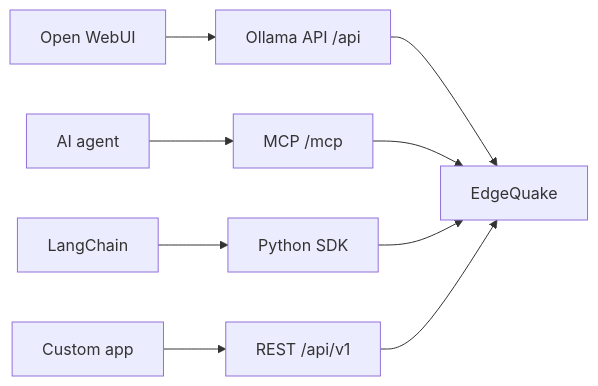
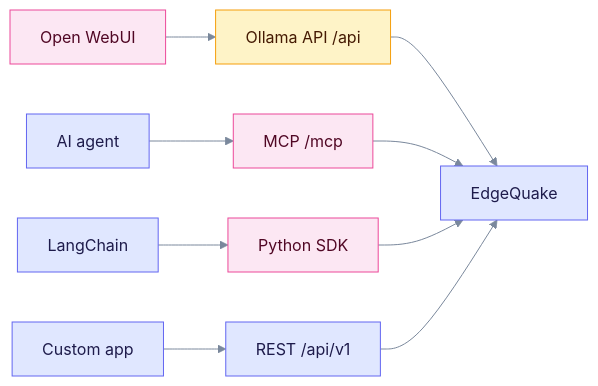
One commit to raphaelmansuy/edgequake changed the diagram in docs/integrations/index.md. Above: the diagram before and after it, drawn with Mermaid. The commit also changed other lines of this file and 194 other files, not shown here.

First line of the commit message:
Refresh docs against code and rebuild schema E/R as progressive steps

````diff
--- a/docs/integrations/index.md
+++ b/docs/integrations/index.md
@@ -12,11 +14,18 @@
 ```mermaid
+%%{init: {"theme":"base","themeVariables":{"primaryColor":"#E0E7FF","primaryBorderColor":"#6366F1","primaryTextColor":"#1E1B4B","secondaryColor":"#D1FAE5","secondaryBorderColor":"#10B981","secondaryTextColor":"#064E3B","tertiaryColor":"#FEF3C7","tertiaryBorderColor":"#F59E0B","tertiaryTextColor":"#6B7A90","lineColor":"#7A889C","clusterBkg":"rgba(99,102,241,0.07)","clusterBorder":"#A5B4FC","noteBkgColor":"#FEF9C3","noteTextColor":"#422006","textColor":"#6B7A90","titleColor":"#6B7A90","signalColor":"#7A889C","signalTextColor":"#6B7A90","loopTextColor":"#6B7A90","edgeLabelBackground":"#F1F5F9","actorLineColor":"#94A3B8"}}}%%
+%% eq-theme:v1
 flowchart LR
     UI["Open WebUI"] --> OL["Ollama API /api"]
     Agent["AI agent"] --> MCP["MCP /mcp"]
     LC["LangChain"] --> SDK["Python SDK"]
     Custom["Custom app"] --> REST["REST /api/v1"]
     OL --> EQ["EdgeQuake"]
     MCP --> EQ
     SDK --> EQ
     REST --> EQ
+%% eq-classes
+classDef eqActor fill:#FCE7F3,stroke:#EC4899,color:#500724
+classDef eqLlm fill:#FEF3C7,stroke:#F59E0B,color:#451A03
+class UI,MCP,SDK eqActor
+class OL eqLlm
 ```
````
